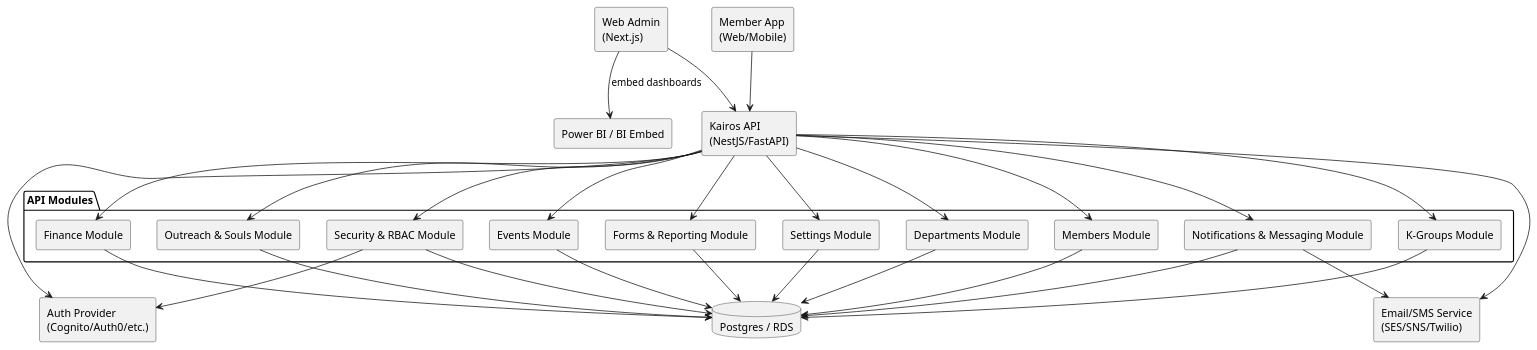
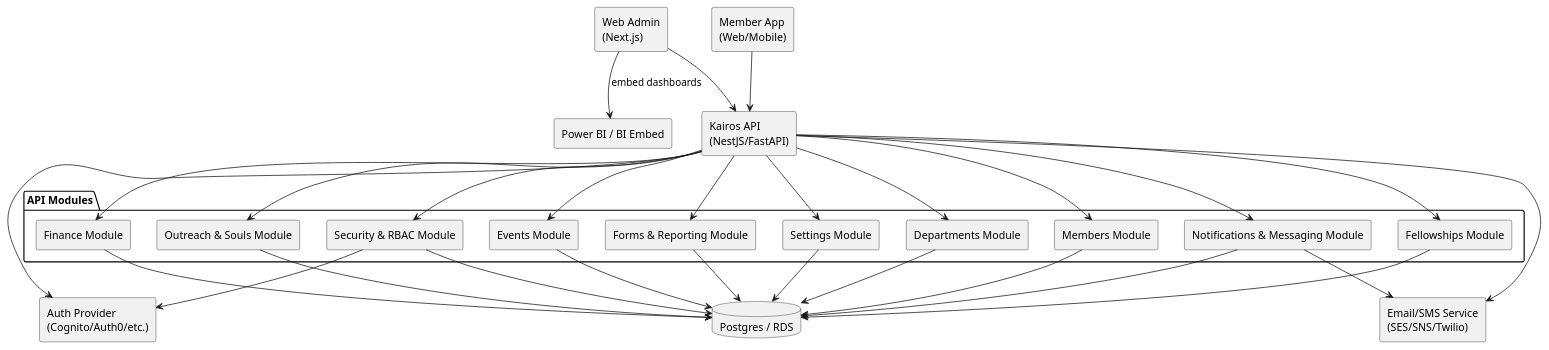
One commit to kharis-min-tech/kairos changed the diagram in architecture/kairos-components.puml. Above: the diagram before and after it, drawn with PlantUML. The commit also changed 101 other files, not shown here.

Commit message:
rewiring the repo and architecture

```diff
--- a/architecture/kairos-components.puml
+++ b/architecture/kairos-components.puml
@@ -1,61 +1,61 @@
 @startuml kairos-components
 skinparam componentStyle rectangle
 
 component "Web Admin\n(Next.js)" as WebAdmin
 component "Member App\n(Web/Mobile)" as MemberApp
 
 component "Kairos API\n(NestJS/FastAPI)" as API
 
 package "API Modules" {
   [Members Module] as ModMembers
   [Departments Module] as ModDepartments
-  [K-Groups Module] as ModKGroups
+  [Fellowships Module] as ModFellowships
   [Outreach & Souls Module] as ModOutreach
   [Events Module] as ModEvents
   [Finance Module] as ModFinance
   [Forms & Reporting Module] as ModForms
   [Notifications & Messaging Module] as ModComms
   [Security & RBAC Module] as ModSecurity
   [Settings Module] as ModSettings
 }
 
 database "Postgres / RDS" as DB
 component "Auth Provider\n(Cognito/Auth0/etc.)" as Auth
 component "Email/SMS Service\n(SES/SNS/Twilio)" as Messaging
 component "Power BI / BI Embed" as BI
 
 ' Frontends → API
 WebAdmin --> API
 MemberApp --> API
 
 ' API Modules → DB
 API --> ModMembers
 API --> ModDepartments
-API --> ModKGroups
+API --> ModFellowships
 API --> ModOutreach
 API --> ModEvents
 API --> ModFinance
 API --> ModForms
 API --> ModComms
 API --> ModSecurity
 API --> ModSettings
 
 ModMembers --> DB
 ModDepartments --> DB
-ModKGroups --> DB
+ModFellowships --> DB
 ModOutreach --> DB
 ModEvents --> DB
 ModFinance --> DB
 ModForms --> DB
 ModComms --> DB
 ModSecurity --> DB
 ModSettings --> DB
 
 ' Cross-cutting external services
 API --> Auth
 API --> Messaging
 WebAdmin --> BI : embed dashboards
 ModSecurity --> Auth
 ModComms --> Messaging
 
 @enduml
```
